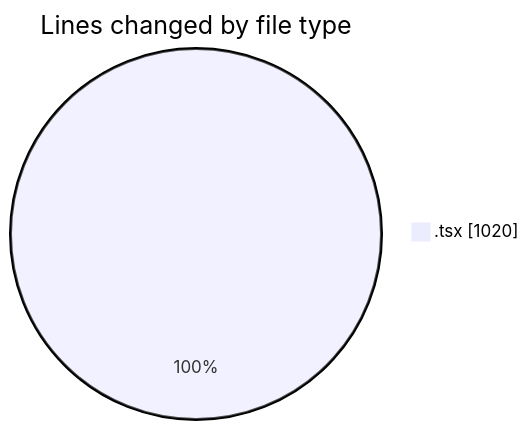
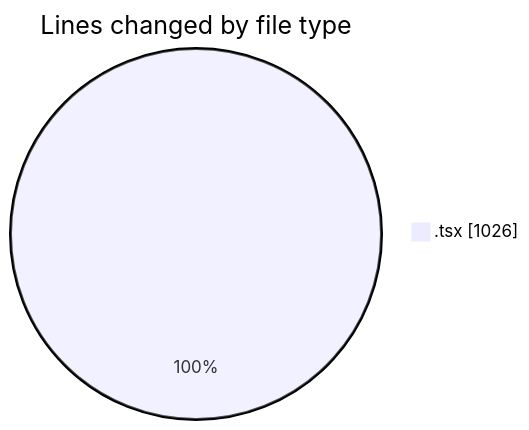
Before and after one commit to nxtqubesakshisongat/code-tracking: the first of 2 diagrams in 2026-02-03/nxtqube_webapp/README.md, drawn with Mermaid. The commit also changed other lines of this file and 1 other file, not shown here.

````diff
--- a/2026-02-03/nxtqube_webapp/README.md
+++ b/2026-02-03/nxtqube_webapp/README.md
@@ -20,5 +20,5 @@
 ```mermaid
 pie showData
 title Lines changed by file type
-".tsx" : 1020
+".tsx" : 1026
 ```
````
